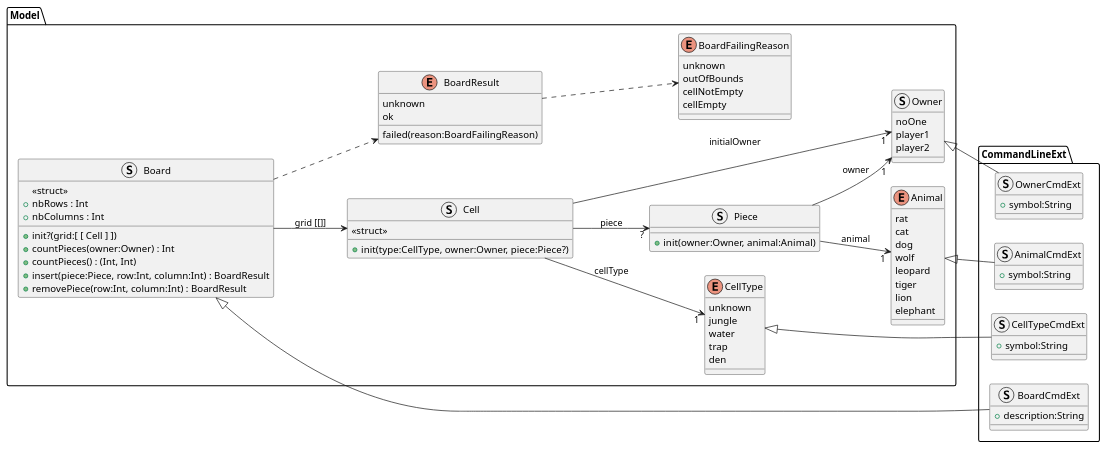
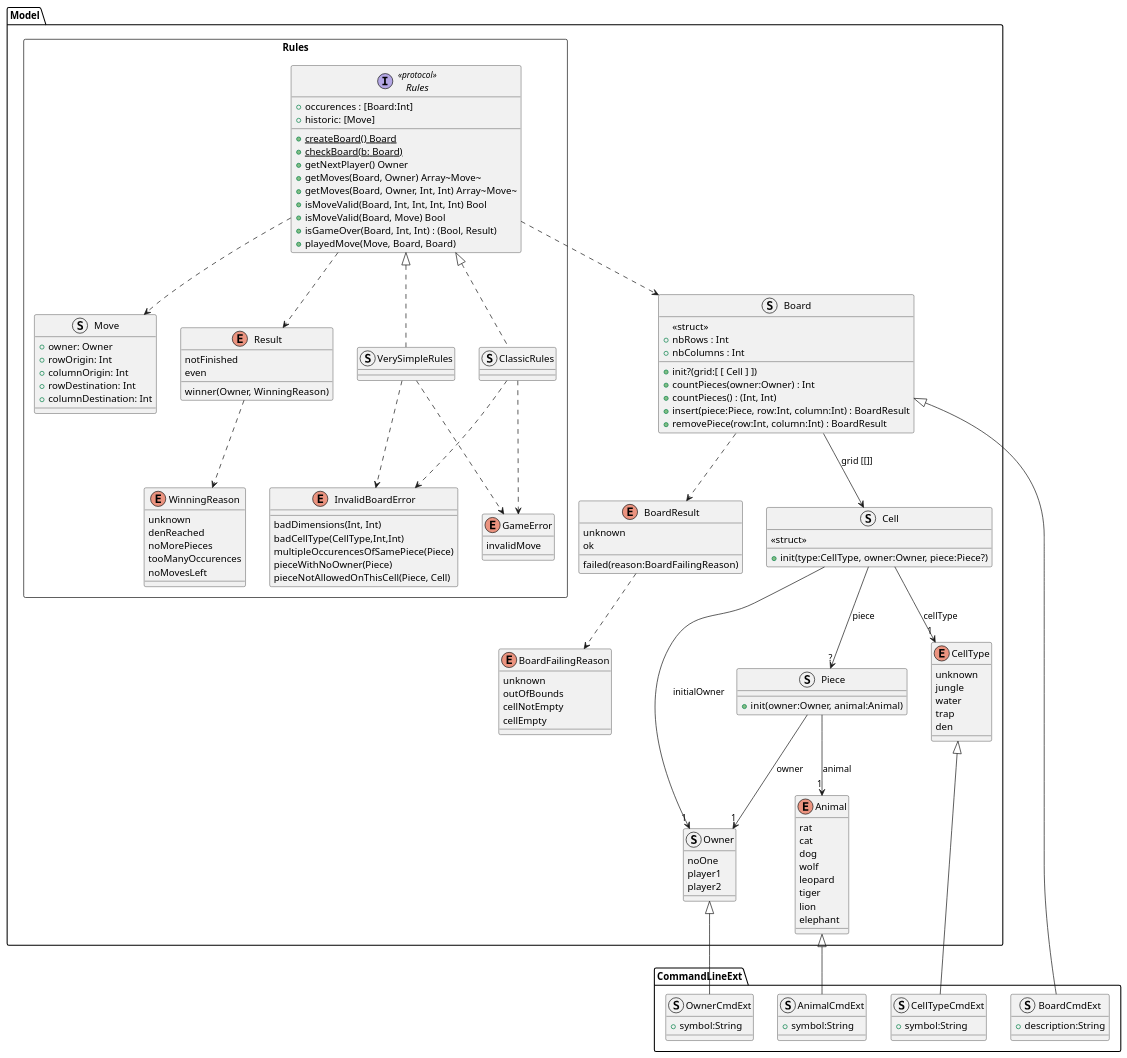
One commit to axdelafuen/doushouqi changed the second of 2 diagrams in README.md. Above: the diagram before and after it, drawn with PlantUML.

Commit message:
:memo: update README class diagram

````diff
--- a/README.md
+++ b/README.md
@@ -74,7 +74,7 @@
 ```plantuml
 
 @startuml
-left to right direction
+
 package Model {
     struct Board {
         <<struct>>
@@ -133,6 +133,78 @@
     struct Piece {
         +init(owner:Owner, animal:Animal)
     }
+
+    package Rules <<Rectangle>> {
+       interface Rules <<protocol>> {
+	    {static} +createBoard() Board
+	    {static} +checkBoard(b: Board)
+	    +getNextPlayer() Owner
+	    +getMoves(Board, Owner) Array~Move~
+	    +getMoves(Board, Owner, Int, Int) Array~Move~
+	    +isMoveValid(Board, Int, Int, Int, Int) Bool
+	    +isMoveValid(Board, Move) Bool
+	    +isGameOver(Board, Int, Int) : (Bool, Result)  
+	    +playedMove(Move, Board, Board)
+	    +occurences : [Board:Int]
+	    +historic: [Move]
+	}
+
+	struct ClassicRules {
+
+        }
+
+        struct VerySimpleRules {
+
+        }
+
+	Rules <|.. ClassicRules
+	Rules <|.. VerySimpleRules
+	
+	struct Move {
+	    +owner: Owner
+	    +rowOrigin: Int
+	    +columnOrigin: Int
+	    +rowDestination: Int
+	    +columnDestination: Int
+	}
+	
+	enum Result {
+	    notFinished
+	    even
+	    winner(Owner, WinningReason)
+	}
+
+	enum WinningReason {
+	    unknown
+	    denReached
+	    noMorePieces
+	    tooManyOccurences
+	    noMovesLeft
+	}
+
+	Result ..> WinningReason
+	Rules ..> Move
+	Rules ..> Result
+	Rules ..> Board
+	
+	enum InvalidBoardError {
+	    badDimensions(Int, Int)
+	    badCellType(CellType,Int,Int)
+	    multipleOccurencesOfSamePiece(Piece)
+	    pieceWithNoOwner(Piece)
+	    pieceNotAllowedOnThisCell(Piece, Cell)
+	}
+
+	ClassicRules ..> InvalidBoardError
+	VerySimpleRules ..> InvalidBoardError
+	
+	enum GameError {
+	    invalidMove
+	}
+
+	ClassicRules ..> GameError
+	VerySimpleRules ..> GameError
+    }
 }
 
 Cell --> "1" CellType : cellType
@@ -147,6 +219,10 @@
 Cell --> "?" Piece : piece
 
 package CommandLineExt {
+    struct BoardCmdExt {
+        +description:String
+    }
+
     struct CellTypeCmdExt {
         +symbol:String
     }
@@ -158,16 +234,12 @@
     struct AnimalCmdExt {
         +symbol:String
     }
-    
-    struct BoardCmdExt {
-        +description:String
-    }
 }
 
+Board <|-- BoardCmdExt
 CellType <|-- CellTypeCmdExt
 Owner <|-- OwnerCmdExt
 Animal <|-- AnimalCmdExt
-Board <|-- BoardCmdExt
 
 @enduml
 
````
